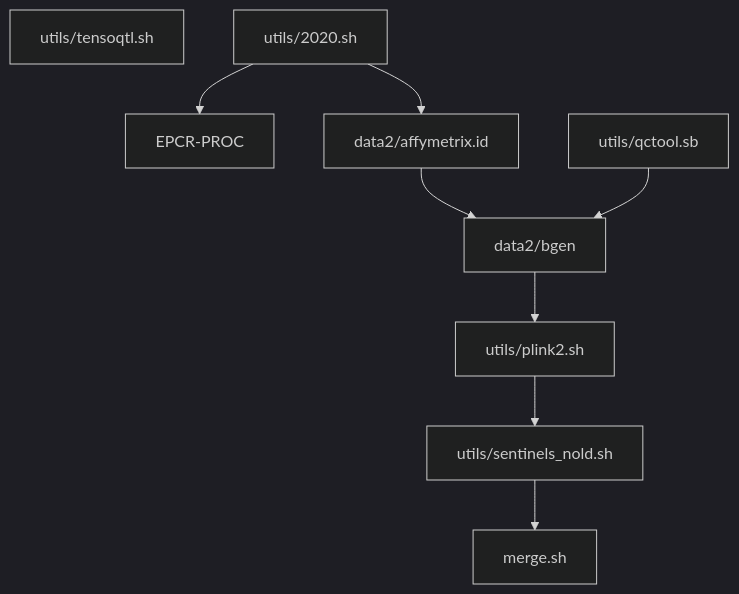
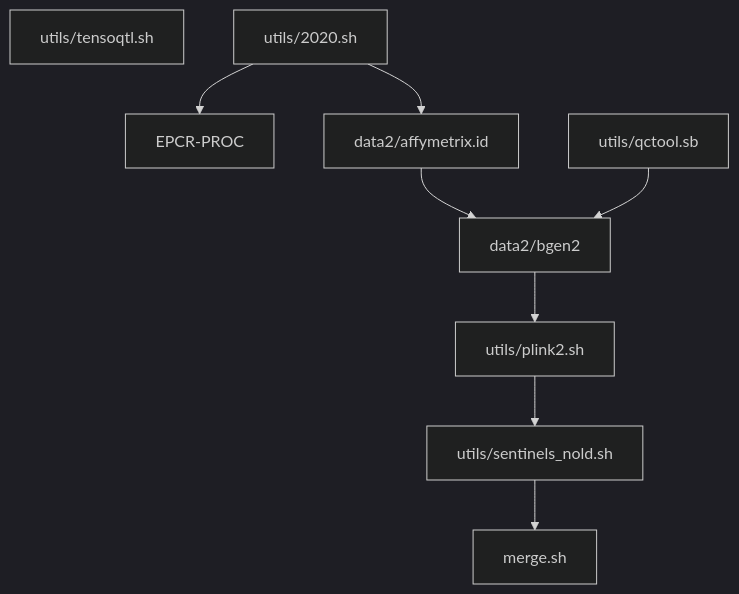
The first of 2 diagrams in docs/README.md (jinghuazhao/Caprion), drawn with Mermaid (dark theme) before and after one commit. The commit also changed other lines of this file and 1 other file, not shown here.

````diff
--- a/docs/README.md
+++ b/docs/README.md
@@ -38,11 +38,11 @@
 ```mermaid
 graph TB;
 utils/tensoqtl.sh
 utils/2020.sh --> EPCR-PROC
 utils/2020.sh --> data2/affymetrix.id
-data2/affymetrix.id  --> data2/bgen
-utils/qctool.sb --> data2/bgen
-data2/bgen --> utils/plink2.sh
+data2/affymetrix.id  --> data2/bgen2
+utils/qctool.sb --> data2/bgen2
+data2/bgen2 --> utils/plink2.sh
 utils/plink2.sh --> utils/sentinels_nold.sh
 utils/sentinels_nold.sh --> merge.sh
 ```
````
